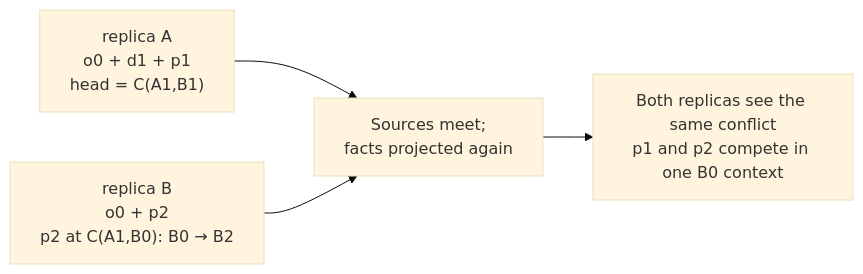
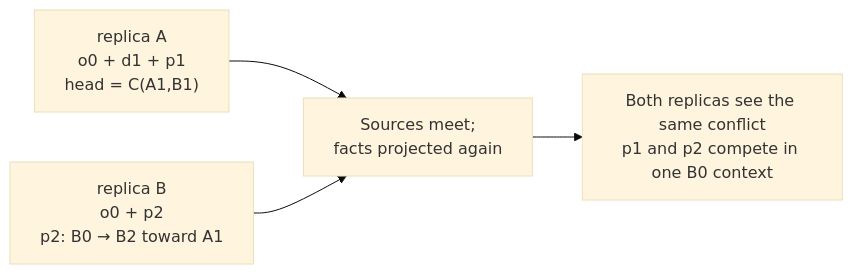
The ninth of 18 diagrams in packages/continuity/docs/guide.md (estoc-dev/estoc), drawn with Mermaid (base theme) before and after one commit. The commit also changed other lines of this file and 32 other files, not shown here.

````diff
--- a/packages/continuity/docs/guide.md
+++ b/packages/continuity/docs/guide.md
@@ -285,6 +284,6 @@
 ```mermaid
 flowchart LR
     A["replica A<br/>o0 + d1 + p1<br/>head = C(A1,B1)"] --> M["Sources meet;<br/>facts projected again"]
-    B["replica B<br/>o0 + p2<br/>p2 at C(A1,B0): B0 → B2"] --> M
+    B["replica B<br/>o0 + p2<br/>p2: B0 → B2 toward A1"] --> M
     M --> R["Both replicas see the same conflict<br/>p1 and p2 compete in one B0 context"]
 ```
````
